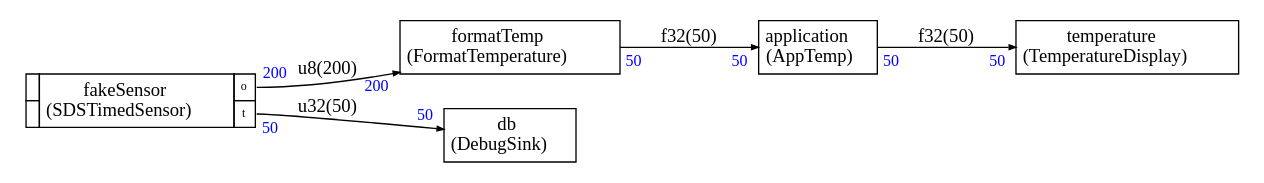
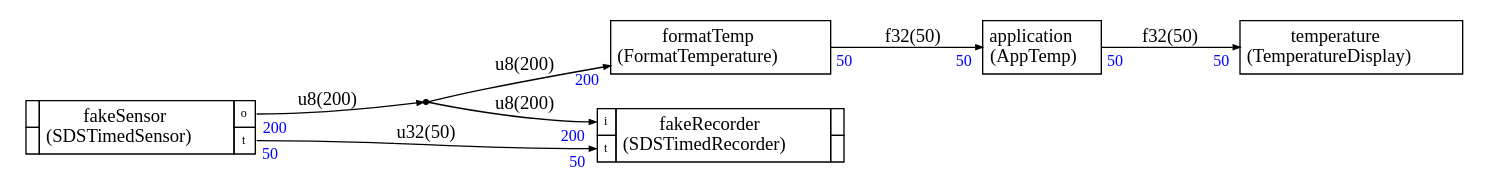
One commit to christophe0606/SDS-Framework changed the diagram in demo/Stream/demo.dot. Above: the diagram before and after it, drawn with Graphviz. The commit also changed 11 other files, not shown here.

```diff
--- a/demo/Stream/demo.dot
+++ b/demo/Stream/demo.dot
@@ -1,83 +1,106 @@
 
 
 
 
 digraph structs {
     node [shape=plaintext]
     rankdir=LR
     edge [arrowsize=0.5]
     fontname="times"
 
 
 application [label=<
 <TABLE BORDER="0" CELLBORDER="1" CELLSPACING="0" CELLPADDING="4">
   <TR>
     <TD ALIGN="CENTER" PORT="i">application<BR/>(AppTemp)</TD>
   </TR>
 </TABLE>>];
 
-db [label=<
+dup0 [shape=point,label=dup0]
+
+
+fakeRecorder [label=<
 <TABLE BORDER="0" CELLBORDER="1" CELLSPACING="0" CELLPADDING="4">
   <TR>
-    <TD ALIGN="CENTER" PORT="i">db<BR/>(DebugSink)</TD>
+    <TD PORT="i"><FONT POINT-SIZE="9.0">i</FONT></TD>
+    <TD ALIGN="CENTER" ROWSPAN="2">fakeRecorder<BR/>(SDSTimedRecorder)</TD>
+    <TD></TD>
   </TR>
+<TR>
+<TD PORT="t"><FONT POINT-SIZE="9.0">t</FONT></TD>
+
+ 
+<TD></TD></TR>
+
 </TABLE>>];
 
 
 fakeSensor [label=<
 <TABLE BORDER="0" CELLBORDER="1" CELLSPACING="0" CELLPADDING="4">
   <TR>
     <TD></TD>
     <TD ALIGN="CENTER" ROWSPAN="2">fakeSensor<BR/>(SDSTimedSensor)</TD>
     <TD PORT="o"><FONT POINT-SIZE="9.0">o</FONT></TD>
   </TR>
 <TR>
  
 <TD></TD>
 <TD PORT="t"><FONT POINT-SIZE="9.0">t</FONT></TD>
 </TR>
 
 </TABLE>>];
 
 formatTemp [label=<
 <TABLE BORDER="0" CELLBORDER="1" CELLSPACING="0" CELLPADDING="4">
   <TR>
     <TD ALIGN="CENTER" PORT="i">formatTemp<BR/>(FormatTemperature)</TD>
   </TR>
 </TABLE>>];
 
 temperature [label=<
 <TABLE BORDER="0" CELLBORDER="1" CELLSPACING="0" CELLPADDING="4">
   <TR>
     <TD ALIGN="CENTER" PORT="i">temperature<BR/>(TemperatureDisplay)</TD>
   </TR>
 </TABLE>>];
 
 
 
-fakeSensor:o -> formatTemp:i [label="u8(200)"
-,headlabel=<<TABLE BORDER="0" CELLPADDING="2"><TR><TD><FONT COLOR="blue" POINT-SIZE="12.0" >200</FONT>
-</TD></TR></TABLE>>
-,taillabel=<<TABLE BORDER="0" CELLPADDING="2"><TR><TD><FONT COLOR="blue" POINT-SIZE="12.0" >200</FONT>
-</TD></TR></TABLE>>]
-
 formatTemp:i -> application:i [label="f32(50)"
 ,headlabel=<<TABLE BORDER="0" CELLPADDING="2"><TR><TD><FONT COLOR="blue" POINT-SIZE="12.0" >50</FONT>
 </TD></TR></TABLE>>
 ,taillabel=<<TABLE BORDER="0" CELLPADDING="2"><TR><TD><FONT COLOR="blue" POINT-SIZE="12.0" >50</FONT>
 </TD></TR></TABLE>>]
 
 application:i -> temperature:i [label="f32(50)"
 ,headlabel=<<TABLE BORDER="0" CELLPADDING="2"><TR><TD><FONT COLOR="blue" POINT-SIZE="12.0" >50</FONT>
 </TD></TR></TABLE>>
 ,taillabel=<<TABLE BORDER="0" CELLPADDING="2"><TR><TD><FONT COLOR="blue" POINT-SIZE="12.0" >50</FONT>
 </TD></TR></TABLE>>]
 
-fakeSensor:t -> db:i [label="u32(50)"
+fakeSensor:t -> fakeRecorder:t [label="u32(50)"
 ,headlabel=<<TABLE BORDER="0" CELLPADDING="2"><TR><TD><FONT COLOR="blue" POINT-SIZE="12.0" >50</FONT>
 </TD></TR></TABLE>>
 ,taillabel=<<TABLE BORDER="0" CELLPADDING="2"><TR><TD><FONT COLOR="blue" POINT-SIZE="12.0" >50</FONT>
 </TD></TR></TABLE>>]
 
+fakeSensor:o ->  
+dup0 [label="u8(200)"
+
+,taillabel=<<TABLE BORDER="0" CELLPADDING="2"><TR><TD><FONT COLOR="blue" POINT-SIZE="12.0" >200</FONT>
+</TD></TR></TABLE>>]
+
+ 
+dup0 -> formatTemp:i [label="u8(200)"
+,headlabel=<<TABLE BORDER="0" CELLPADDING="2"><TR><TD><FONT COLOR="blue" POINT-SIZE="12.0" >200</FONT>
+</TD></TR></TABLE>>
+]
+
+ 
+dup0 -> fakeRecorder:i [label="u8(200)"
+,headlabel=<<TABLE BORDER="0" CELLPADDING="2"><TR><TD><FONT COLOR="blue" POINT-SIZE="12.0" >200</FONT>
+</TD></TR></TABLE>>
+]
+
 
 }
```
